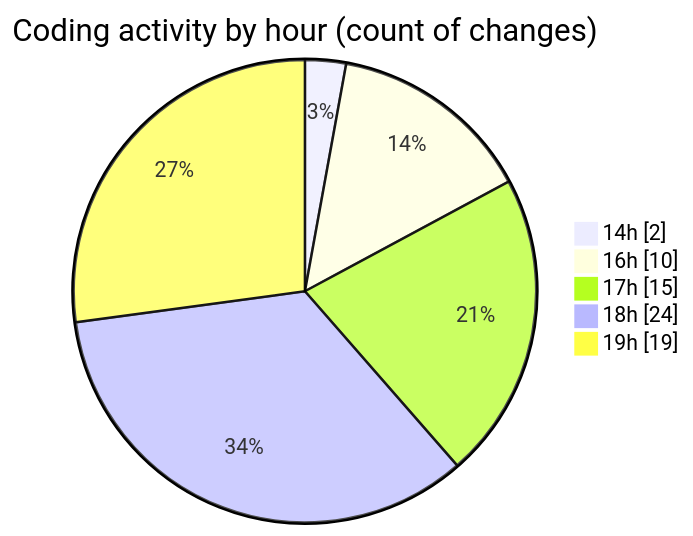
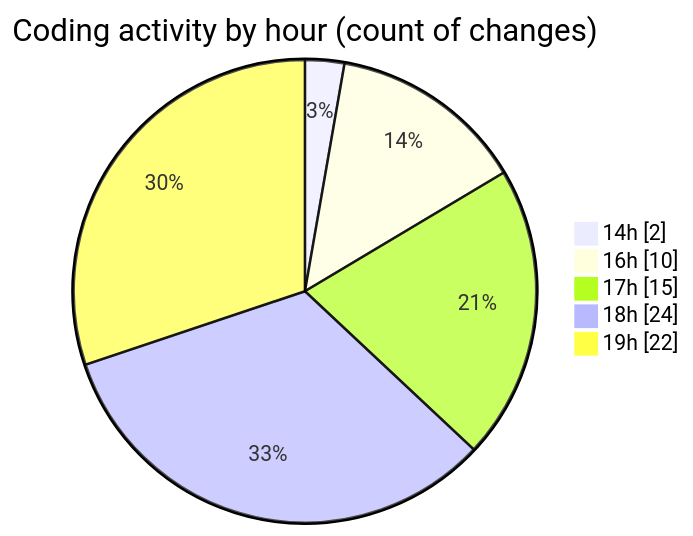
Before and after one commit to Ritupan-Deka/code-tracking: the second of 2 diagrams in 2025-06-18/scopesketch-app/README.md, drawn with Mermaid. The commit also changed other lines of this file and 1 other file, not shown here.

````diff
--- a/2025-06-18/scopesketch-app/README.md
+++ b/2025-06-18/scopesketch-app/README.md
@@ -41,9 +41,9 @@
 ```mermaid
 pie showData
 title Coding activity by hour (count of changes)
 "14h" : 2
 "16h" : 10
 "17h" : 15
 "18h" : 24
-"19h" : 19
+"19h" : 22
 ```
````
